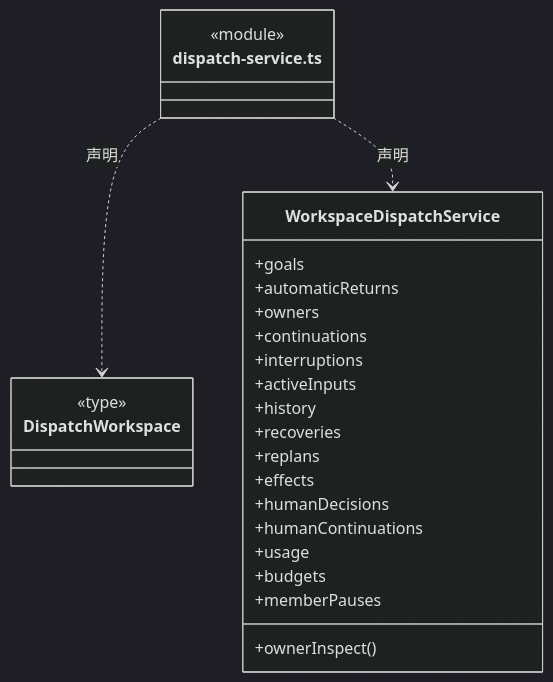
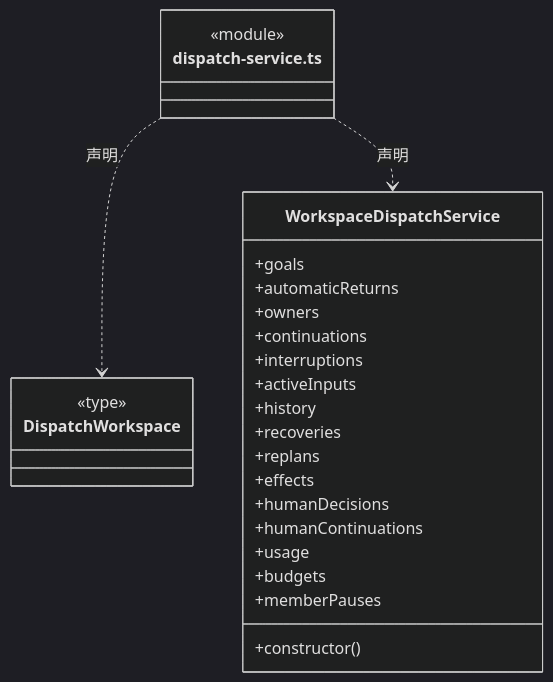
Before and after one commit to nan023062/cbim: the sixth of 15 diagrams in src/logic/dispatch/runtime/ARCHITECTURE.md, drawn with Mermaid (dark theme). The commit also changed other lines of this file and 139 other files, not shown here.

Commit message:
docs(architecture): add source reading paths and complete file inventories

````diff
--- a/src/logic/dispatch/runtime/ARCHITECTURE.md
+++ b/src/logic/dispatch/runtime/ARCHITECTURE.md
@@ -188,30 +206,30 @@
 ```mermaid
 classDiagram
 class N_src_logic_dispatch_runtime_dispatch_service_ts["dispatch-service.ts"] {
   <<module>>
 }
 class N_src_logic_dispatch_runtime_dispatch_service_ts_DispatchWorkspace["DispatchWorkspace"] {
   <<type>>
 
 }
 N_src_logic_dispatch_runtime_dispatch_service_ts ..> N_src_logic_dispatch_runtime_dispatch_service_ts_DispatchWorkspace : 声明
 class N_src_logic_dispatch_runtime_dispatch_service_ts_WorkspaceDispatchService["WorkspaceDispatchService"] {
   +goals
   +automaticReturns
   +owners
   +continuations
   +interruptions
   +activeInputs
   +history
   +recoveries
   +replans
   +effects
   +humanDecisions
   +humanContinuations
   +usage
   +budgets
   +memberPauses
-  +ownerInspect()
+  +constructor()
 }
 N_src_logic_dispatch_runtime_dispatch_service_ts ..> N_src_logic_dispatch_runtime_dispatch_service_ts_WorkspaceDispatchService : 声明
 ```
````
